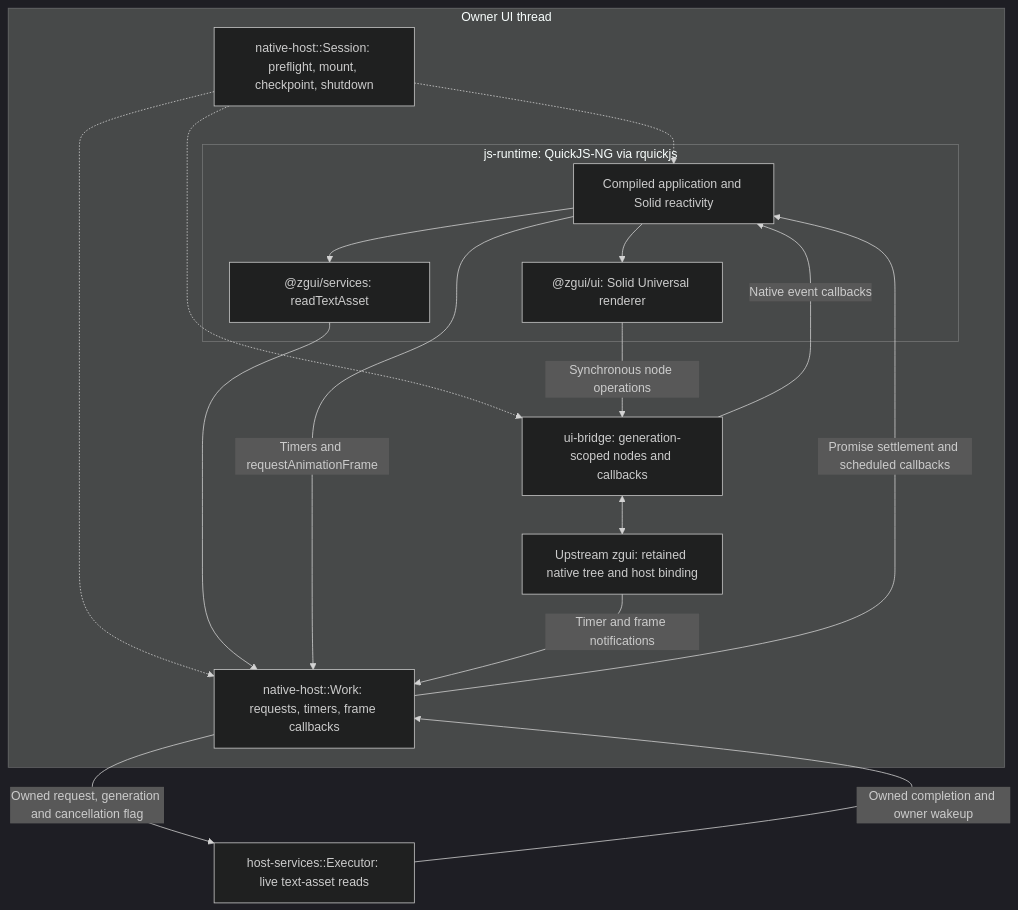
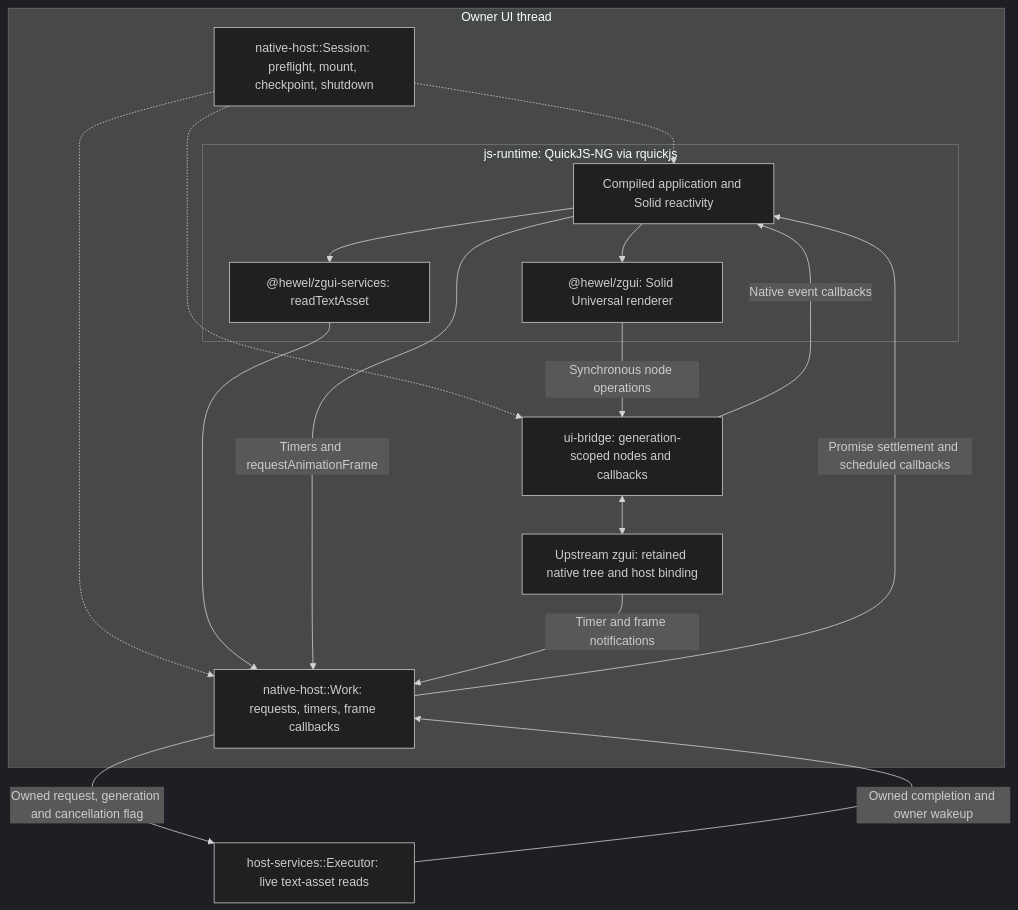
Before and after one commit to hewel/zgui-js: the first of 3 diagrams in docs/development/tsx-native-ui.md, drawn with Mermaid (dark theme). The commit also changed other lines of this file and 35 other files, not shown here.

First line of the commit message:
refactor(packages)!: distinguish SDK from upstream zgui

```diff
--- a/docs/development/tsx-native-ui.md
+++ b/docs/development/tsx-native-ui.md
@@ -144,28 +144,28 @@
 ~~~mermaid
 flowchart TB
     subgraph Owner["Owner UI thread"]
         Session["native-host::Session: preflight, mount, checkpoint, shutdown"]
         subgraph VM["js-runtime: QuickJS-NG via rquickjs"]
             App["Compiled application and Solid reactivity"]
-            UI["@zgui/ui: Solid Universal renderer"]
-            SDK["@zgui/services: readTextAsset"]
+            UI["@hewel/zgui: Solid Universal renderer"]
+            SDK["@hewel/zgui-services: readTextAsset"]
             App --> UI
             App --> SDK
         end
         Bridge["ui-bridge: generation-scoped nodes and callbacks"]
         Work["native-host::Work: requests, timers, frame callbacks"]
         Native["Upstream zgui: retained native tree and host binding"]
         Session -.-> App
         Session -.-> Bridge
         Session -.-> Work
         UI -->|Synchronous node operations| Bridge
         Bridge -->|Native event callbacks| App
         Bridge <--> Native
         SDK --> Work
         App -->|Timers and requestAnimationFrame| Work
         Native -->|Timer and frame notifications| Work
         Work -->|Promise settlement and scheduled callbacks| App
     end
     Work -->|Owned request, generation and cancellation flag| Workers["host-services::Executor: live text-asset reads"]
     Workers -->|Owned completion and owner wakeup| Work
 ~~~
```
